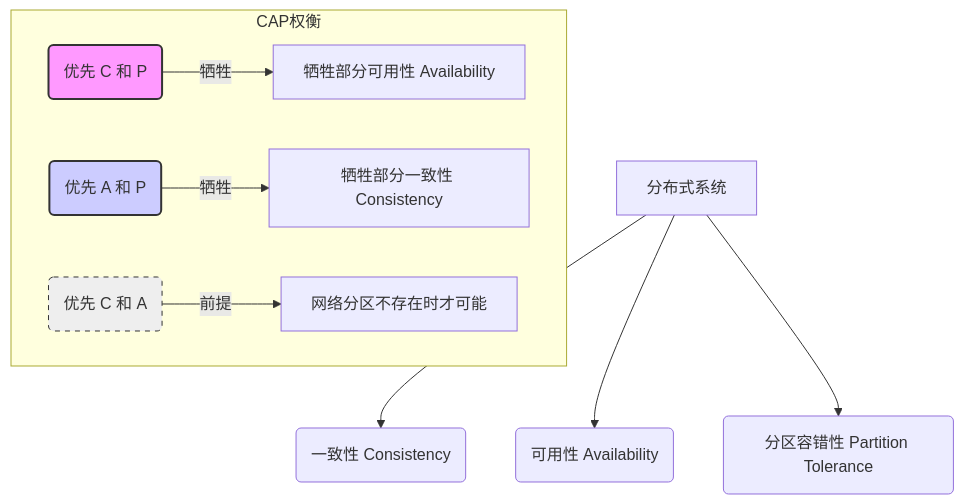
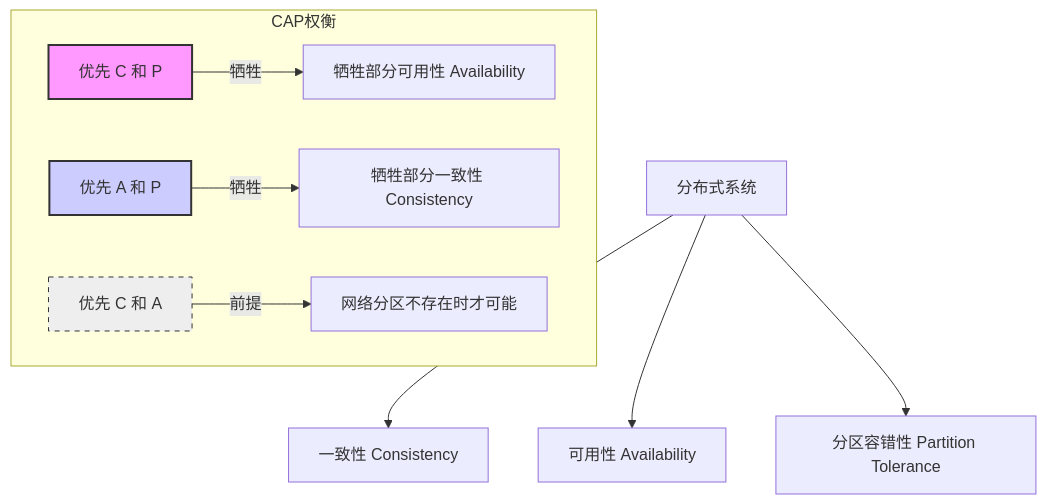
The first of 7 diagrams in AI_BOOK/大数据引擎内核：原理、设计与实现/01_Fundamentals_of_Distributed_Computing.md (gravitys169/pages), drawn with Mermaid before and after one commit. The commit also changed other lines of this file and 8 other files, not shown here.

````diff
--- a/AI_BOOK/大数据引擎内核：原理、设计与实现/01_Fundamentals_of_Distributed_Computing.md
+++ b/AI_BOOK/大数据引擎内核：原理、设计与实现/01_Fundamentals_of_Distributed_Computing.md
@@ -21,17 +21,17 @@
 ```mermaid
 graph TD
-    A[分布式系统] --> B(一致性 Consistency)
-    A --> C(可用性 Availability)
-    A --> D(分区容错性 Partition Tolerance)
+    A[分布式系统] --> B["一致性 Consistency"]
+    A --> C["可用性 Availability"]
+    A --> D["分区容错性 Partition Tolerance"]
 
-    subgraph CAP权衡
+    subgraph "CAP权衡"
         direction LR
-        CP(优先 C 和 P) -- 牺牲 --> A_Sac[牺牲部分可用性 Availability]
-        AP(优先 A 和 P) -- 牺牲 --> C_Sac[牺牲部分一致性 Consistency]
-        CA(优先 C 和 A) -- 前提 --> No_P[网络分区不存在时才可能]
+        CP["优先 C 和 P"] -- 牺牲 --> A_Sac["牺牲部分可用性 Availability"]
+        AP["优先 A 和 P"] -- 牺牲 --> C_Sac["牺牲部分一致性 Consistency"]
+        CA["优先 C 和 A"] -- 前提 --> No_P["网络分区不存在时才可能"]
     end
 
     style CP fill:#f9f,stroke:#333,stroke-width:2px
     style AP fill:#ccf,stroke:#333,stroke-width:2px
     style CA fill:#eee,stroke:#333,stroke-width:1px,stroke-dasharray: 5, 5
 ```
````
